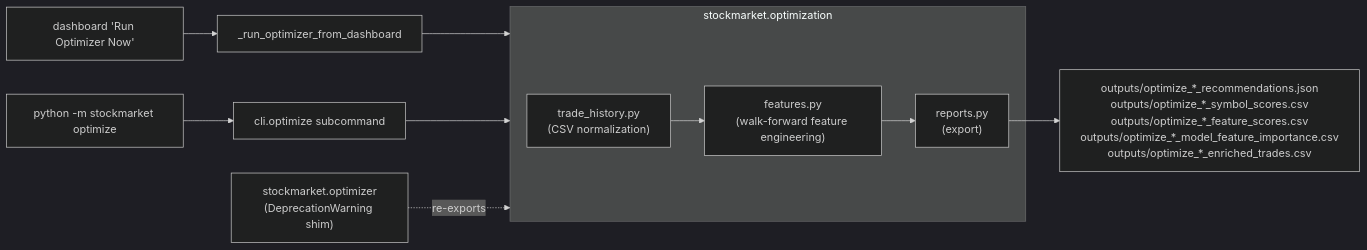
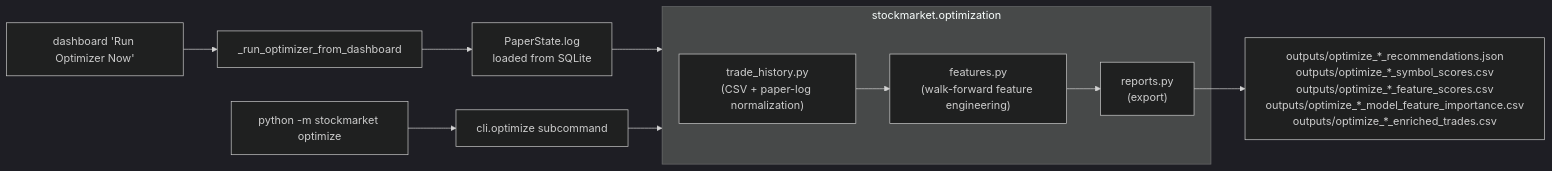
The seventh of 8 diagrams in CODEBASE_DATAFLOW.md (KatkarPankaj/Trading-strategy), drawn with Mermaid (dark theme) before and after one commit. The commit also changed other lines of this file and 74 other files, not shown here.

First line of the commit message:
feat: SQLite-only paper persistence, NSE quotes, and market status

````diff
--- a/CODEBASE_DATAFLOW.md
+++ b/CODEBASE_DATAFLOW.md
@@ -272,19 +257,18 @@
 ```mermaid
 flowchart LR
   DashBtn["dashboard 'Run Optimizer Now'"] --> DashHandler["_run_optimizer_from_dashboard"]
   CliOpt["python -m stockmarket optimize"] --> CliOptHandler["cli.optimize subcommand"]
 
-  DashHandler --> OptPkg["stockmarket.optimization"]
+  DashHandler --> SqliteLog["PaperState.log\nloaded from SQLite"]
+  SqliteLog --> OptPkg["stockmarket.optimization"]
   CliOptHandler --> OptPkg
 
-  Shim["stockmarket.optimizer\n(DeprecationWarning shim)"] -. "re-exports" .-> OptPkg
-
   subgraph OptPkg["stockmarket.optimization"]
-    TH["trade_history.py\n(CSV normalization)"]
+    TH["trade_history.py\n(CSV + paper-log normalization)"]
     FE["features.py\n(walk-forward feature engineering)"]
     RP["reports.py\n(export)"]
   end
 
   TH --> FE --> RP
   RP --> OutOpt["outputs/optimize_*_recommendations.json\noutputs/optimize_*_symbol_scores.csv\noutputs/optimize_*_feature_scores.csv\noutputs/optimize_*_model_feature_importance.csv\noutputs/optimize_*_enriched_trades.csv"]
 ```
````
